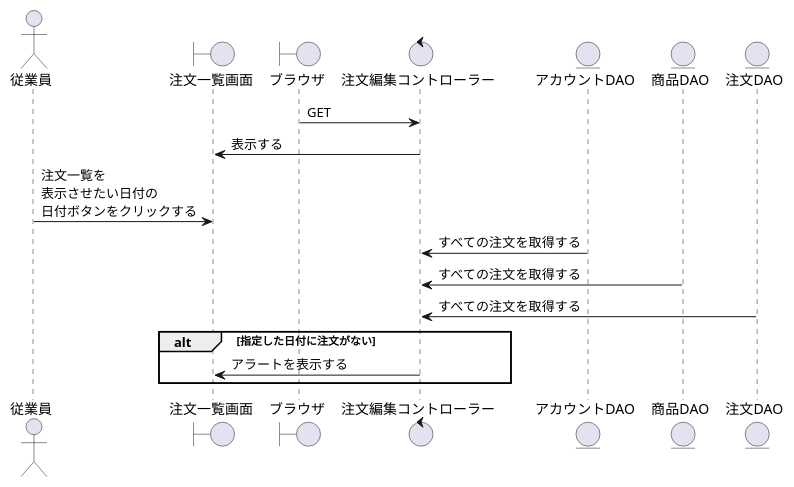
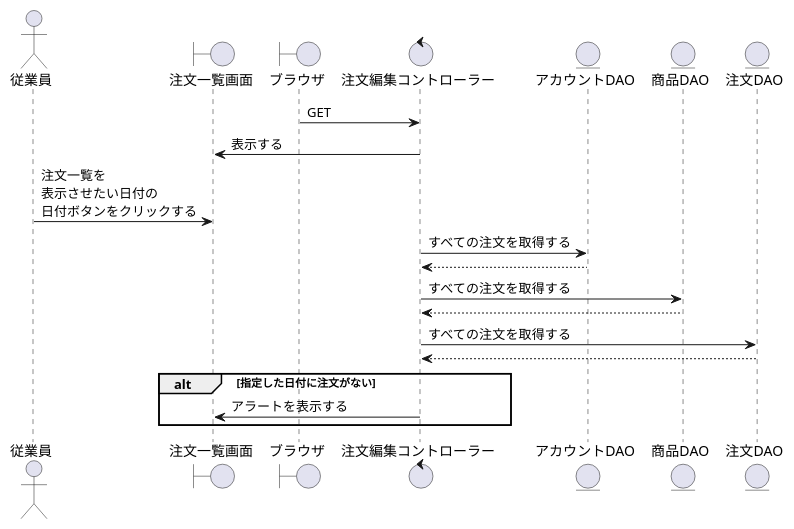
Before and after one commit to ysyk-wtnb16/team_D: the diagram in BBショップ/注文一覧.wsd, drawn with PlantUML. The commit also changed 1 other file, not shown here.

```diff
--- a/BBショップ/注文一覧.wsd
+++ b/BBショップ/注文一覧.wsd
@@ -1,28 +1,31 @@
 @startuml list
 ' ①縦軸の並び順を決める
 actor "従業員" as act
 boundary "注文一覧画面" as oeb
 ' コントローラーに初回アクセスするもの
 boundary "ブラウザ" as brz
 ' コントローラーまたはビューの名称を決める
 control "注文編集コントローラー" as oec
 ' DAOまたはモデルとなる
 entity "アカウントDAO" as account
 entity "商品DAO" as pdt
 entity "注文DAO" as order
 
 brz -> oec: GET
 
 oeb <- oec:表示する
 
 act -> oeb:注文一覧を\n表示させたい日付の\n日付ボタンをクリックする
 
-oec <- account:すべての注文を取得する
-oec <- pdt:すべての注文を取得する
-oec <- order:すべての注文を取得する
+oec -> account:すべての注文を取得する
+account --> oec
+oec -> pdt:すべての注文を取得する
+pdt --> oec
+oec -> order:すべての注文を取得する
+order --> oec
 
 alt 指定した日付に注文がない
     oeb <- oec:アラートを表示する
 end
 
 @enduml
```
